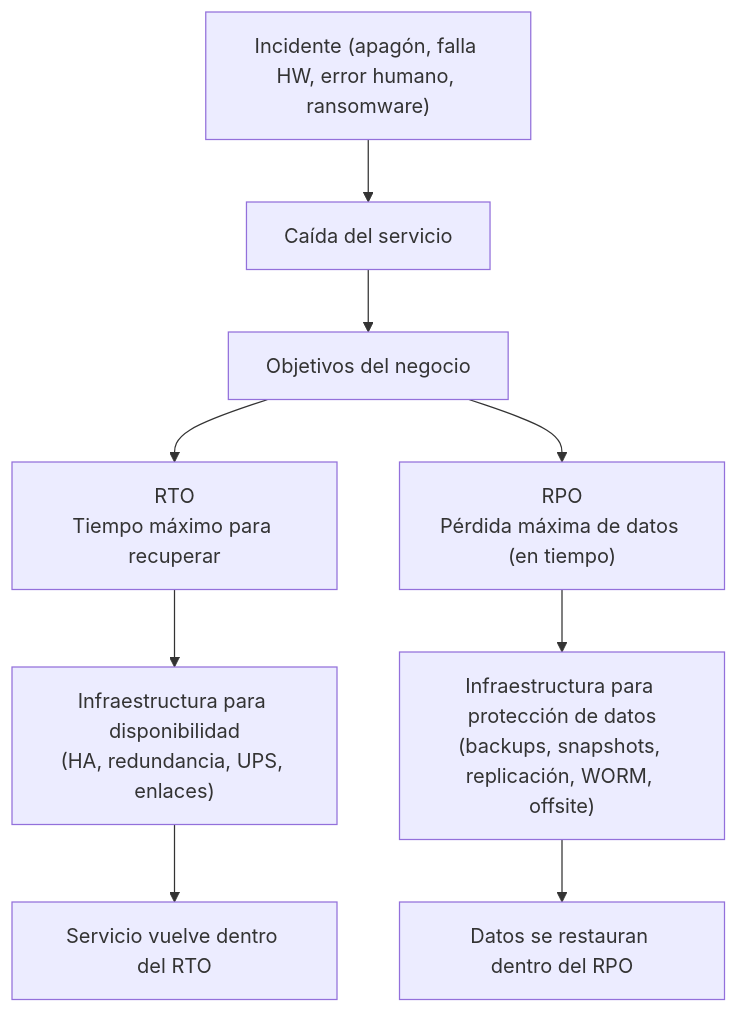
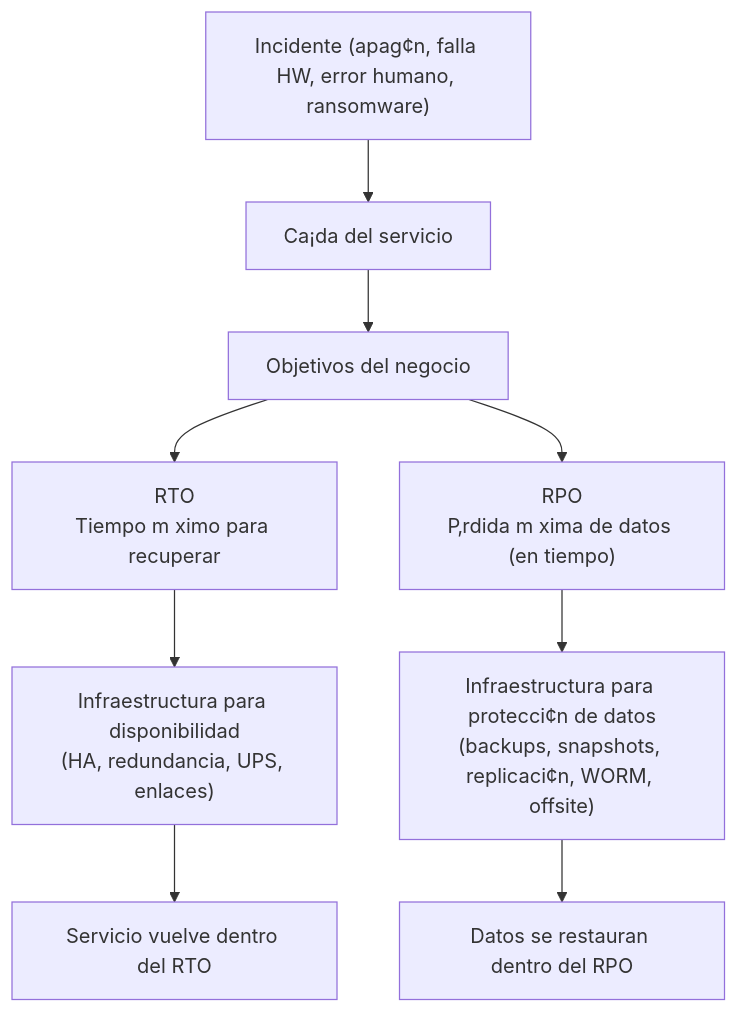
One commit to FrancoFabian/arquitectura_calcenter changed the first of 2 diagrams in RTO_RPO.md. Above: the diagram before and after it, drawn with Mermaid. The commit also changed other lines of this file, not shown here.

Commit message:
fix RTO line time mermaid

````diff
--- a/RTO_RPO.md
+++ b/RTO_RPO.md
@@ -18,13 +18,13 @@
 ```mermaid
 graph TB
-  Incident["Incidente (apagón, falla HW, error humano, ransomware)"] --> Downtime["Caída del servicio"]
+  Incident["Incidente (apag¢n, falla HW, error humano, ransomware)"] --> Downtime["Ca¡da del servicio"]
   Downtime --> Decision["Objetivos del negocio"]
-  Decision --> RTO["RTO\nTiempo máximo para recuperar"]
-  Decision --> RPO["RPO\nPérdida máxima de datos (en tiempo)"]
+  Decision --> RTO["RTO\nTiempo m ximo para recuperar"]
+  Decision --> RPO["RPO\nP‚rdida m xima de datos (en tiempo)"]
 
   RTO --> InfraA["Infraestructura para disponibilidad\n(HA, redundancia, UPS, enlaces)"]
-  RPO --> InfraB["Infraestructura para protección de datos\n(backups, snapshots, replicación, WORM, offsite)"]
+  RPO --> InfraB["Infraestructura para protecci¢n de datos\n(backups, snapshots, replicaci¢n, WORM, offsite)"]
 
   InfraA --> Outcome["Servicio vuelve dentro del RTO"]
   InfraB --> Outcome2["Datos se restauran dentro del RPO"]
 ```
````
